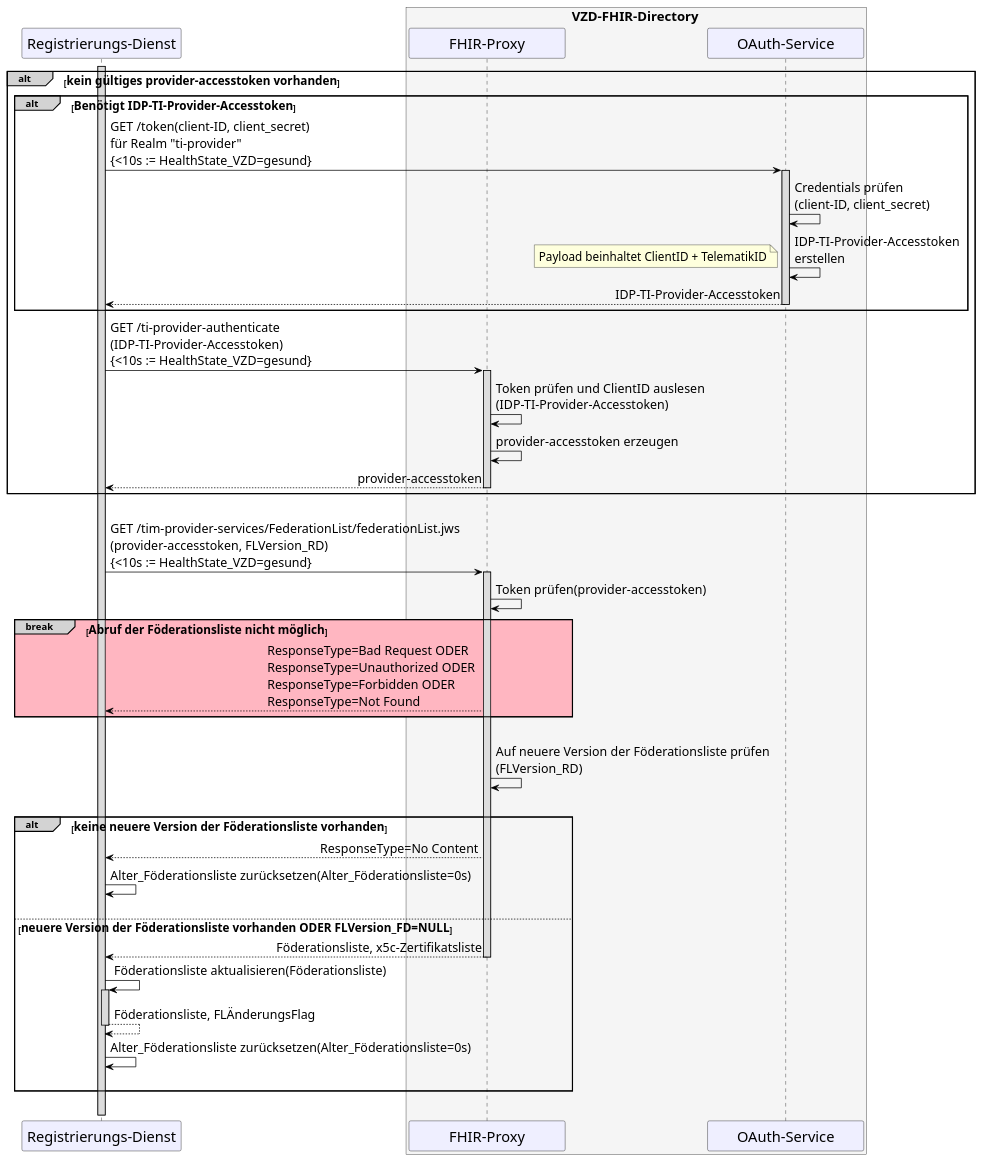
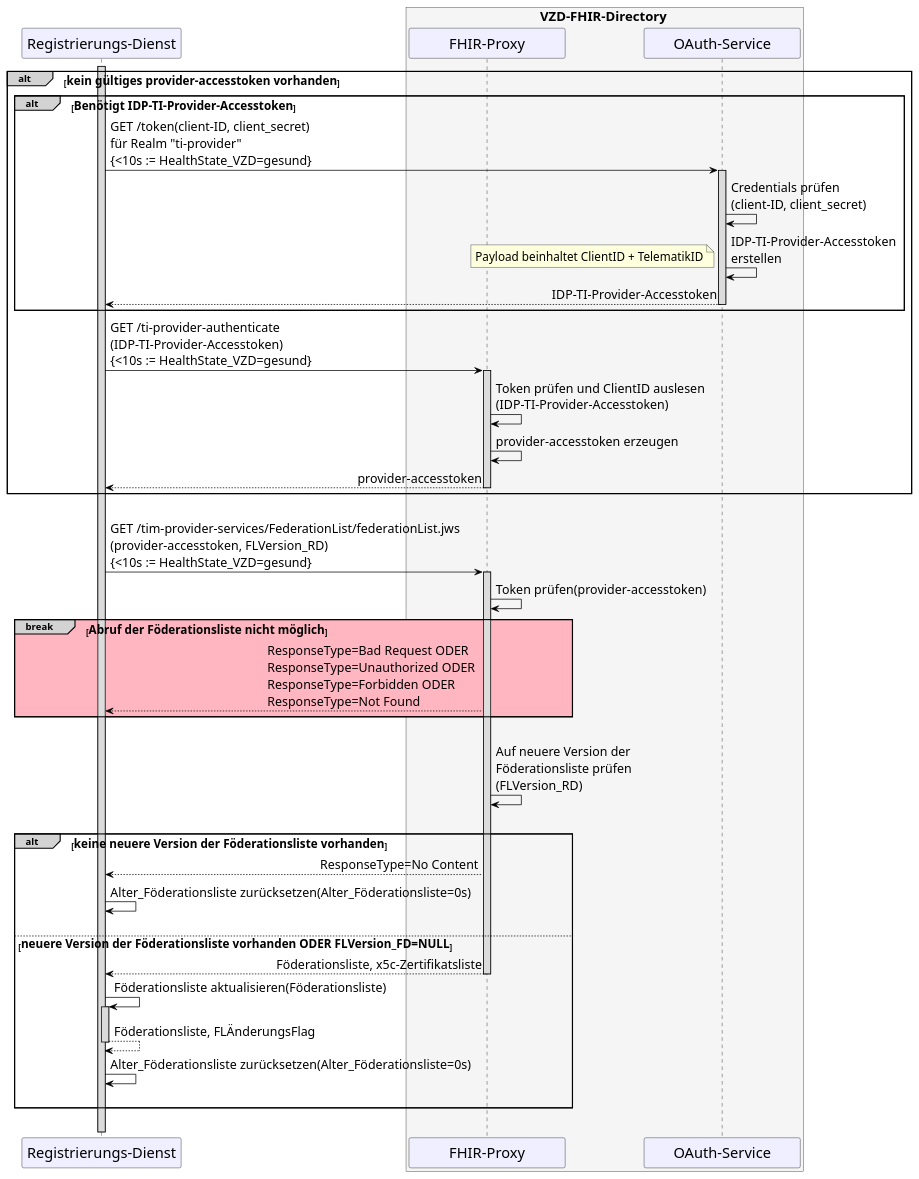
One commit to gematik/api-ti-messenger changed the diagram in src/plantuml/TI-Messenger-Dienst/Ressourcen/UC_Update_Federationlist_auth_retrieve.puml. Above: the diagram before and after it, drawn with PlantUML. The commit also changed 2 other files, not shown here.

```diff
--- a/src/plantuml/TI-Messenger-Dienst/Ressourcen/UC_Update_Federationlist_auth_retrieve.puml
+++ b/src/plantuml/TI-Messenger-Dienst/Ressourcen/UC_Update_Federationlist_auth_retrieve.puml
@@ -9,88 +9,82 @@
 @startuml
 skinparam sequenceMessageAlign direction
 skinparam minClassWidth 200
 skinparam BoxPadding 1
 skinparam sequenceReferenceHeaderBackgroundColor palegreen
 scale max 2048 width
 
 skinparam sequence {
 ArrowColor black
 ArrowFontSize 17
 ActorBorderColor black
 LifeLineBorderColor black
 LifeLineBackgroundColor Gainsboro
 
 ParticipantBorderColor Motivation
 ParticipantBackgroundColor Motivation
 ParticipantFontName Impact
 ParticipantFontSize 20
 ParticipantFontColor black
 ParticipantBorderColor Black
 ParticipantBackgroundColor MOTIVATION
 
 ActorBackgroundColor Gainsboro
 ActorFontColor black
 ActorFontSize 20
 ActorFontName Aapex
 }
 
 participant RD as "Registrierungs-Dienst"
 box <size:18>VZD-FHIR-Directory</size> #WhiteSmoke
   participant FP as "FHIR-Proxy"
   participant AS as "OAuth-Service"
 end box
 
 alt#LightGrey <size:16>kein gültiges provider-accesstoken vorhanden</size>
-
   activate RD
-
   alt#LightGrey <size:16>Benötigt IDP-TI-Provider-Accesstoken</size>
       RD -> AS: GET /token(client-ID, client_secret)\nfür Realm "ti-provider"\n{<10s := HealthState_VZD=gesund}
       activate AS
       AS -> AS: Credentials prüfen \n(client-ID, client_secret)
       AS -> AS: IDP-TI-Provider-Accesstoken\nerstellen
       note left: <size:16>Payload beinhaltet ClientID + TelematikID</size>
       AS --> RD: IDP-TI-Provider-Accesstoken
       deactivate AS
   end
-
   RD -> FP: GET /ti-provider-authenticate\n(IDP-TI-Provider-Accesstoken)\n{<10s := HealthState_VZD=gesund}
   activate FP
   FP -> FP: Token prüfen und ClientID auslesen\n(IDP-TI-Provider-Accesstoken)
   FP -> FP: provider-accesstoken erzeugen
   FP --> RD: provider-accesstoken
   deactivate FP
-
 end
 
 |||
 RD->FP: GET /tim-provider-services/FederationList/federationList.jws\n(provider-accesstoken, FLVersion_RD)\n{<10s := HealthState_VZD=gesund}
   Activate FP
 FP->FP: Token prüfen(provider-accesstoken)
 
 break#LightGrey #LightPink <size:16>Abruf der Föderationsliste nicht möglich</size>
   FP-->RD: ResponseType=Bad Request ODER \nResponseType=Unauthorized ODER \nResponseType=Forbidden ODER \nResponseType=Not Found
 end 
 
 |||
-
-FP->FP: Auf neuere Version der Föderationsliste prüfen\n(FLVersion_RD)
-
+FP->FP: Auf neuere Version der \nFöderationsliste prüfen\n(FLVersion_RD)
 |||
 
 alt#LightGrey <size:16>keine neuere Version der Föderationsliste vorhanden</size>
   FP-->RD: ResponseType=No Content
   RD->RD: Alter_Föderationsliste zurücksetzen(Alter_Föderationsliste=0s)
   |||
 else <size:16>neuere Version der Föderationsliste vorhanden ODER FLVersion_FD=NULL</size>
   FP-->RD: Föderationsliste, x5c-Zertifikatsliste
       Deactivate FP
   RD->RD++: Föderationsliste aktualisieren(Föderationsliste)
   return Föderationsliste, FLÄnderungsFlag
   RD->RD: Alter_Föderationsliste zurücksetzen(Alter_Föderationsliste=0s)
   |||
 end
 |||
 
 
 @enduml
```
